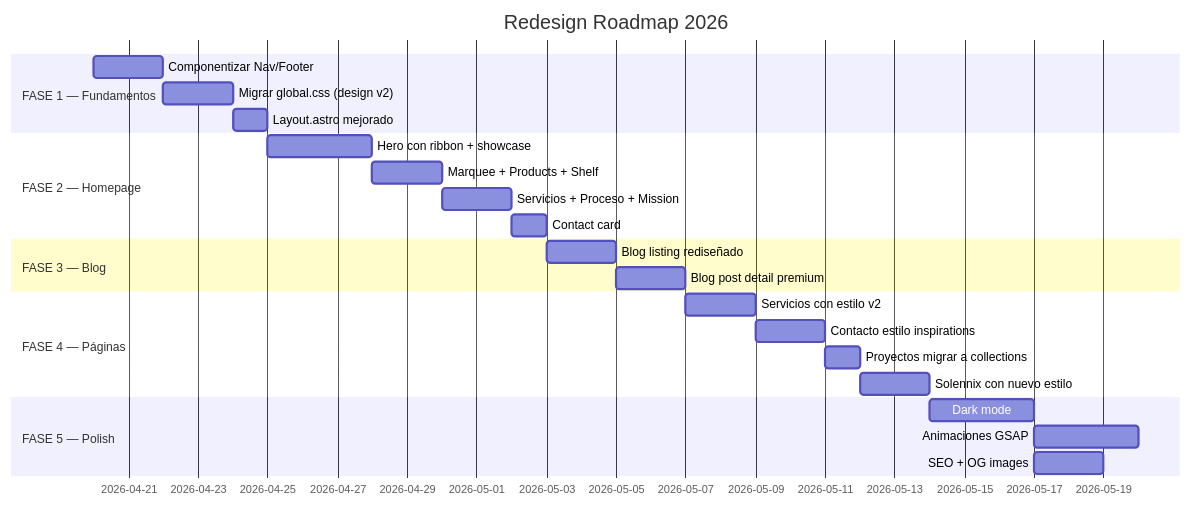
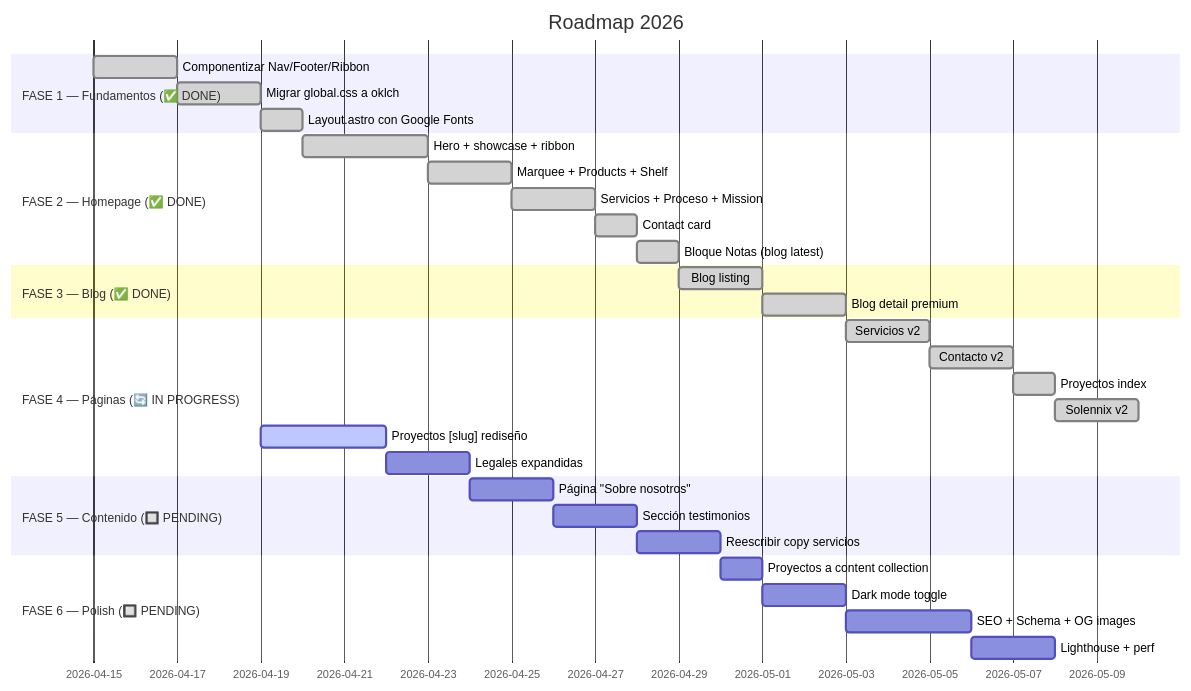
The diagram in creapolis/creapolis_dev_page/📋 Roadmap.md (tiagofur/astro_creapolis_page), drawn with Mermaid before and after one commit. The commit also changed other lines of this file and 154 other files, not shown here.

First line of the commit message:
feat: add 'Sobre' page and post description utility

````diff
--- a/creapolis/creapolis_dev_page/📋 Roadmap.md
+++ b/creapolis/creapolis_dev_page/📋 Roadmap.md
@@ -10,26 +10,34 @@
 ```mermaid
 gantt
-    title Redesign Roadmap 2026
+    title Roadmap 2026
     dateFormat YYYY-MM-DD
-    section FASE 1 — Fundamentos
-    Componentizar Nav/Footer     :f1a, 2026-04-20, 2d
-    Migrar global.css (design v2) :f1b, after f1a, 2d
-    Layout.astro mejorado         :f1c, after f1b, 1d
-    section FASE 2 — Homepage
-    Hero con ribbon + showcase    :f2a, after f1c, 3d
-    Marquee + Products + Shelf    :f2b, after f2a, 2d
-    Servicios + Proceso + Mission :f2c, after f2b, 2d
-    Contact card                  :f2d, after f2c, 1d
-    section FASE 3 — Blog
-    Blog listing rediseñado       :f3a, after f2d, 2d
-    Blog post detail premium      :f3b, after f3a, 2d
-    section FASE 4 — Páginas
-    Servicios con estilo v2       :f4a, after f3b, 2d
-    Contacto estilo inspirations  :f4b, after f4a, 2d
-    Proyectos migrar a collections:f4c, after f4b, 1d
-    Solennix con nuevo estilo     :f4d, after f4c, 2d
-    section FASE 5 — Polish
-    Dark mode                     :f5a, after f4d, 3d
-    Animaciones GSAP              :f5b, after f5a, 3d
-    SEO + OG images               :f5c, after f5a, 2d
+    section FASE 1 — Fundamentos (✅ DONE)
+    Componentizar Nav/Footer/Ribbon :done, f1a, 2026-04-15, 2d
+    Migrar global.css a oklch       :done, f1b, after f1a, 2d
+    Layout.astro con Google Fonts   :done, f1c, after f1b, 1d
+    section FASE 2 — Homepage (✅ DONE)
+    Hero + showcase + ribbon        :done, f2a, after f1c, 3d
+    Marquee + Products + Shelf      :done, f2b, after f2a, 2d
+    Servicios + Proceso + Mission   :done, f2c, after f2b, 2d
+    Contact card                    :done, f2d, after f2c, 1d
+    Bloque Notas (blog latest)      :done, f2e, after f2d, 1d
+    section FASE 3 — Blog (✅ DONE)
+    Blog listing                    :done, f3a, after f2e, 2d
+    Blog detail premium             :done, f3b, after f3a, 2d
+    section FASE 4 — Páginas (🔄 IN PROGRESS)
+    Servicios v2                    :done, f4a, after f3b, 2d
+    Contacto v2                     :done, f4b, after f4a, 2d
+    Proyectos index                 :done, f4c, after f4b, 1d
+    Solennix v2                     :done, f4d, after f4c, 2d
+    Proyectos [slug] rediseño       :active, f4e, 2026-04-19, 3d
+    Legales expandidas              :f4f, after f4e, 2d
+    section FASE 5 — Contenido (🔲 PENDING)
+    Página "Sobre nosotros"         :f5a, after f4f, 2d
+    Sección testimonios             :f5b, after f5a, 2d
+    Reescribir copy servicios       :f5c, after f5b, 2d
+    section FASE 6 — Polish (🔲 PENDING)
+    Proyectos a content collection  :f6a, after f5c, 1d
+    Dark mode toggle                :f6b, after f6a, 2d
+    SEO + Schema + OG images        :f6c, after f6b, 3d
+    Lighthouse + perf               :f6d, after f6c, 2d
 ```
````
